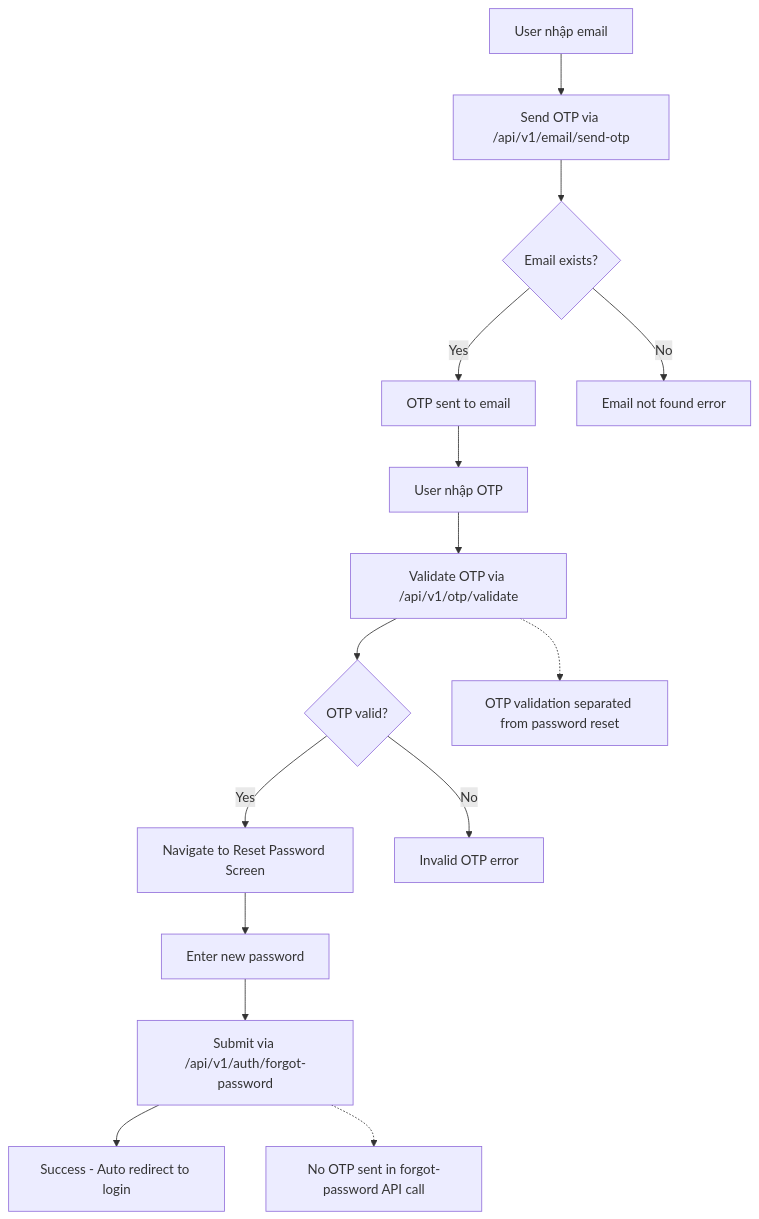
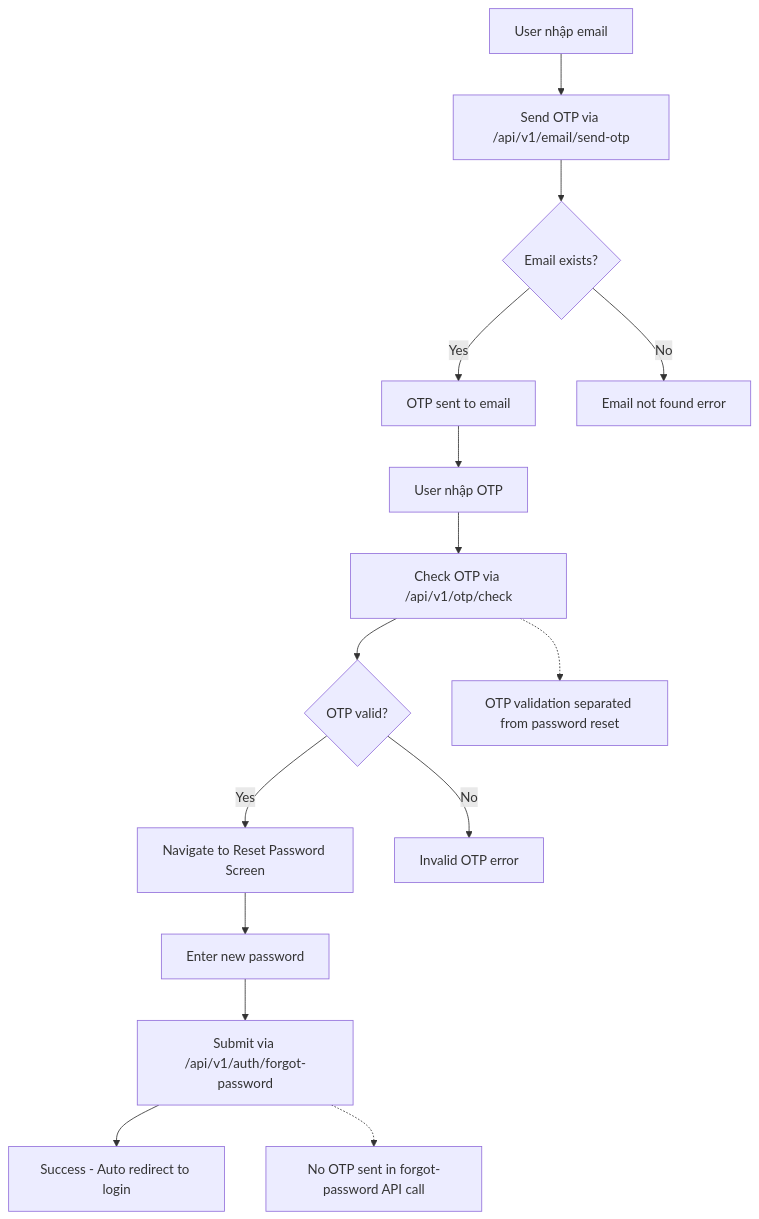
The third of 3 diagrams in docs/features/AUTHENTICATION.md (EzyFixApp/EzyFix.reactnative), drawn with Mermaid before and after one commit. The commit also changed other lines of this file and 26 other files, not shown here.

````diff
--- a/docs/features/AUTHENTICATION.md
+++ b/docs/features/AUTHENTICATION.md
@@ -127,20 +198,20 @@
 ```mermaid
 graph TD
     A[User nhập email] --> B[Send OTP via /api/v1/email/send-otp]
     B --> C{Email exists?}
     C -->|Yes| D[OTP sent to email]
     C -->|No| E[Email not found error]
     D --> F[User nhập OTP]
-    F --> G[Validate OTP via /api/v1/otp/validate]
+    F --> G[Check OTP via /api/v1/otp/check]
     G --> H{OTP valid?}
     H -->|Yes| I[Navigate to Reset Password Screen]
     H -->|No| J[Invalid OTP error]
     I --> K[Enter new password]
     K --> L[Submit via /api/v1/auth/forgot-password]
     L --> M[Success - Auto redirect to login]
     
     Note1[OTP validation separated from password reset]
     Note2[No OTP sent in forgot-password API call]
     G -.-> Note1
     L -.-> Note2
 ```
````
